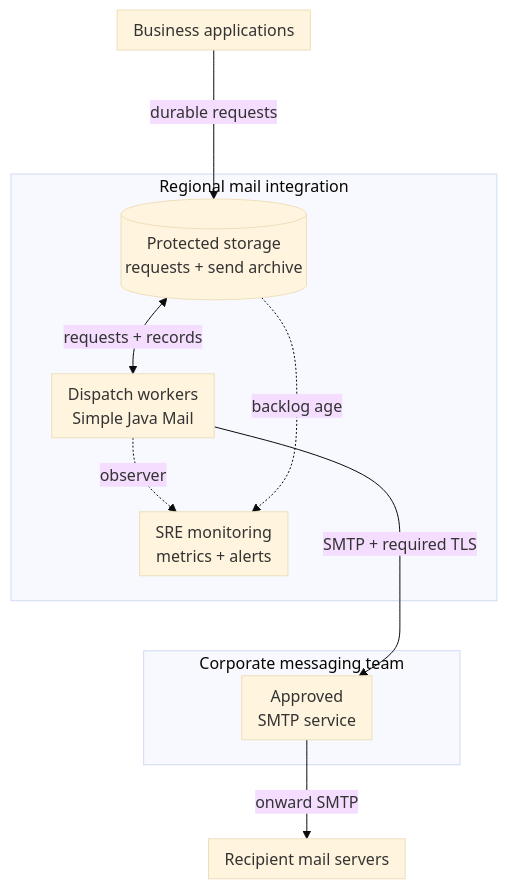
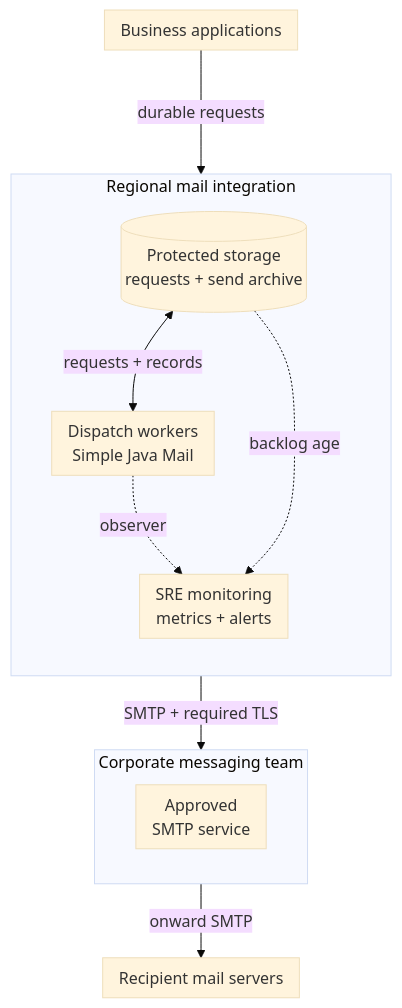
One commit to simple-java-mail/simplejavamail.org changed the second of 5 diagrams in src/journal/2026-09-10-mail-at-polar-meridian-systems.md. Above: the diagram before and after it, drawn with Mermaid (base theme). The commit also changed other lines of this file and 3 other files, not shown here.

````diff
--- a/src/journal/2026-09-10-mail-at-polar-meridian-systems.md
+++ b/src/journal/2026-09-10-mail-at-polar-meridian-systems.md
@@ -98,29 +98,28 @@
 ```mermaid
 %% journal: compact
 %%{init: { "flowchart": { "padding": 8 } } }%%
 flowchart TB
     accTitle: Polar Meridian enterprise mail topology
     accDescr: Business applications submit durable notification requests to a regional integration service. Its Java dispatch workers use Simple Java Mail to submit through the approved corporate SMTP service, operated by the messaging team. Protected storage holds pending requests and archived sends. The completion observer records outcomes and feeds SRE monitoring; monitoring also reads the backlog.
 
     apps["Business applications"]
 
     subgraph integration["Regional mail integration"]
+        direction TB
         database[("Protected storage<br/>requests + send archive")]
         workers["Dispatch workers<br/>Simple Java Mail"]
         monitoring["SRE monitoring<br/>metrics + alerts"]
 
         database <-->|requests + records| workers
         workers -.->|observer| monitoring
         database -.->|backlog age| monitoring
     end
 
     subgraph messaging["Corporate messaging team"]
         smtp["Approved<br/>SMTP service"]
     end
 
-    apps --->|durable requests| database
-    %% Layout only: place the corporate team below the regional integration.
-    monitoring ~~~ smtp
-    workers -->|SMTP + required TLS| smtp
-    smtp -->|onward SMTP| recipients["Recipient mail servers"]
+    apps --->|durable requests| integration
+    integration -->|SMTP + required TLS| messaging
+    messaging -->|onward SMTP| recipients["Recipient mail servers"]
 ```
````
